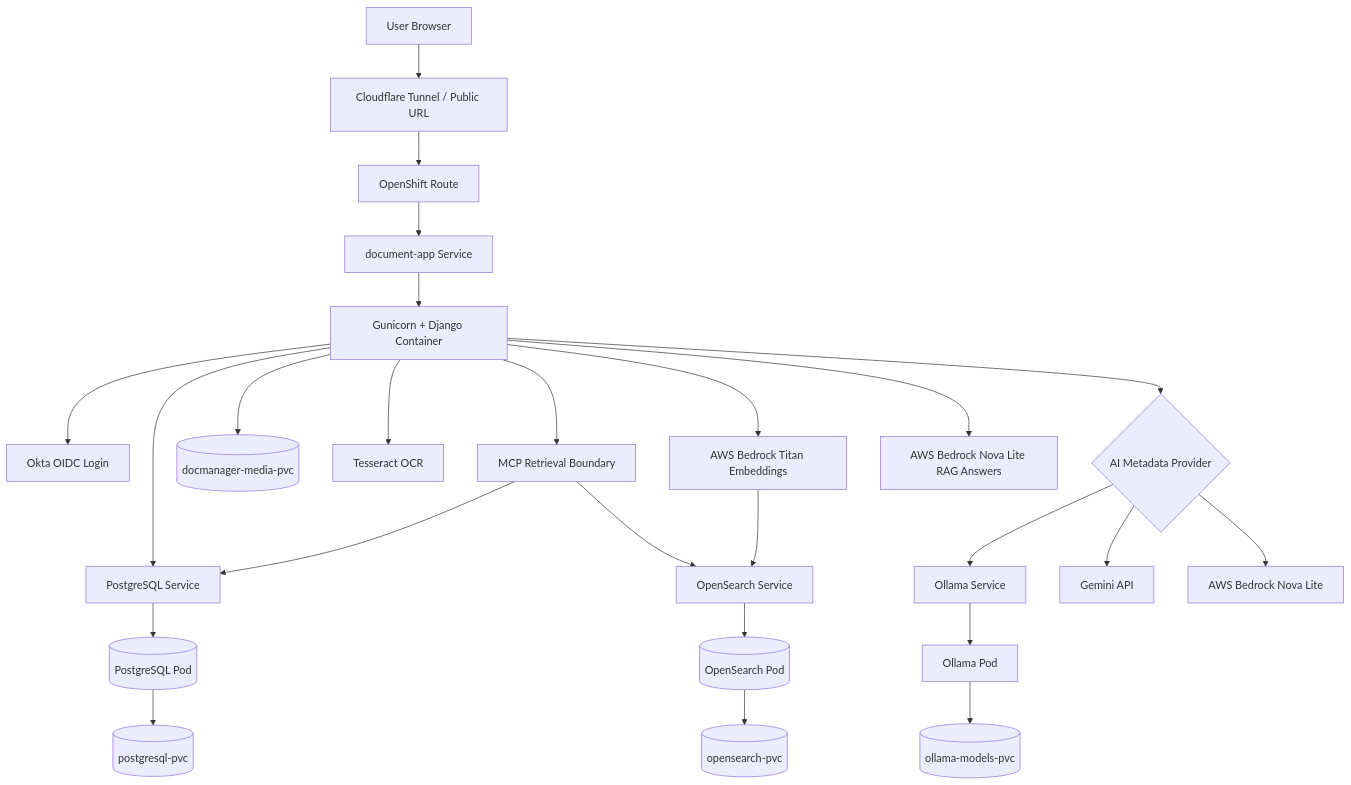
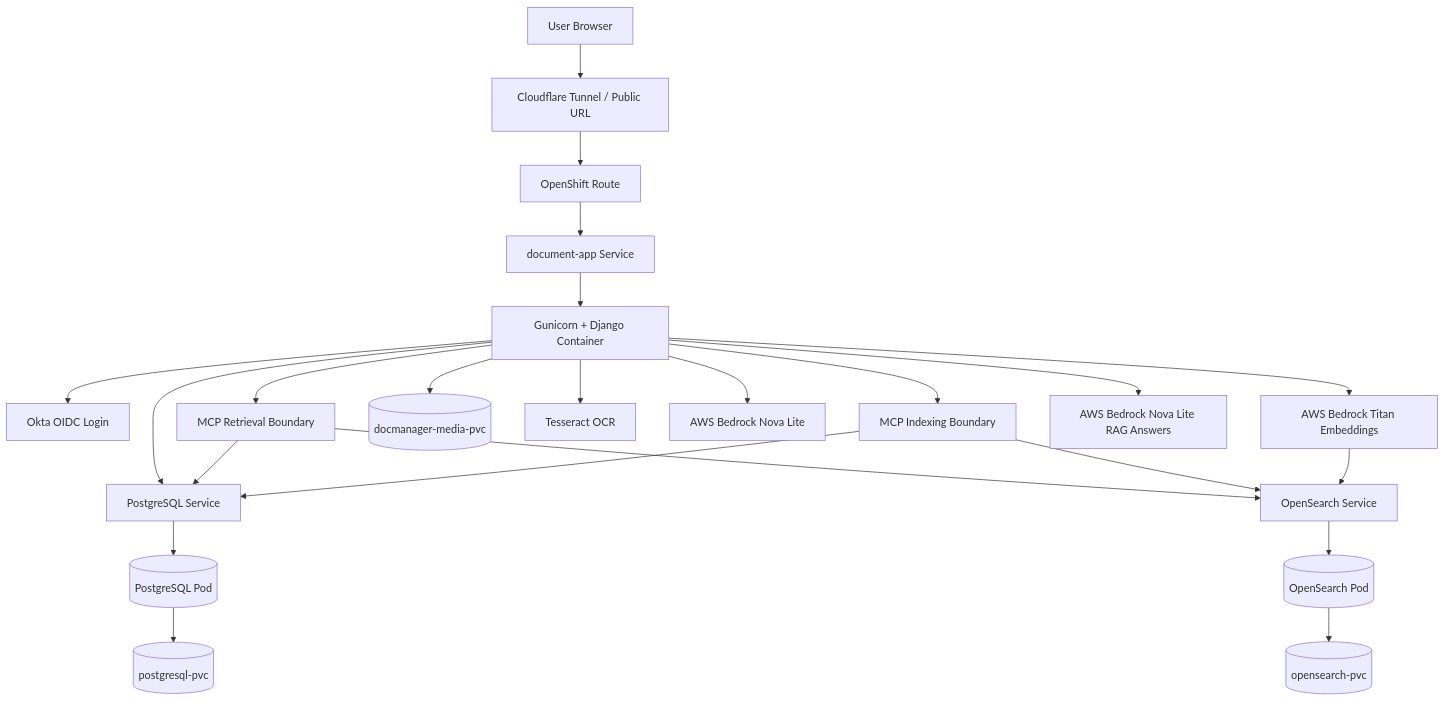
Before and after one commit to khaliqueaws-creator/document-management: the first of 3 diagrams in docs/architecture.md, drawn with Mermaid. The commit also changed other lines of this file and 6 other files, not shown here.

Commit message:
Align docs with MCP architecture

````diff
--- a/docs/architecture.md
+++ b/docs/architecture.md
@@ -9,32 +9,29 @@
 ```mermaid
 flowchart TB
     User[User Browser] --> CF[Cloudflare Tunnel / Public URL]
     CF --> Route[OpenShift Route]
     Route --> SVC[document-app Service]
     SVC --> App[Gunicorn + Django Container]
 
     App --> Okta[Okta OIDC Login]
     App --> PostgreSQLSvc[PostgreSQL Service]
     PostgreSQLSvc --> PostgreSQL[(PostgreSQL Pod)]
     PostgreSQL --> PostgreSQLPVC[(postgresql-pvc)]
 
-    App --> MCP[MCP Retrieval Boundary]
-    MCP --> OpenSearchSvc[OpenSearch Service]
-    MCP --> PostgreSQLSvc
+    App --> RetrievalMCP[MCP Retrieval Boundary]
+    App --> IndexingMCP[MCP Indexing Boundary]
+    RetrievalMCP --> OpenSearchSvc[OpenSearch Service]
+    RetrievalMCP --> PostgreSQLSvc
+    IndexingMCP --> OpenSearchSvc
+    IndexingMCP --> PostgreSQLSvc
     OpenSearchSvc --> OpenSearch[(OpenSearch Pod)]
     OpenSearch --> OpenSearchPVC[(opensearch-pvc)]
 
     App --> MediaPVC[(docmanager-media-pvc)]
     App --> Tesseract[Tesseract OCR]
 
-    App --> AIChoice{AI Metadata Provider}
-    AIChoice --> OllamaSvc[Ollama Service]
-    AIChoice --> Gemini[Gemini API]
-    AIChoice --> Bedrock[AWS Bedrock Nova Lite]
-    OllamaSvc --> Ollama[Ollama Pod]
-    Ollama --> OllamaPVC[(ollama-models-pvc)]
-
+    App --> Bedrock[AWS Bedrock Nova Lite]
     App --> Titan[AWS Bedrock Titan Embeddings]
     Titan --> OpenSearchSvc
     App --> RAGAnswer[AWS Bedrock Nova Lite RAG Answers]
 ```
````
